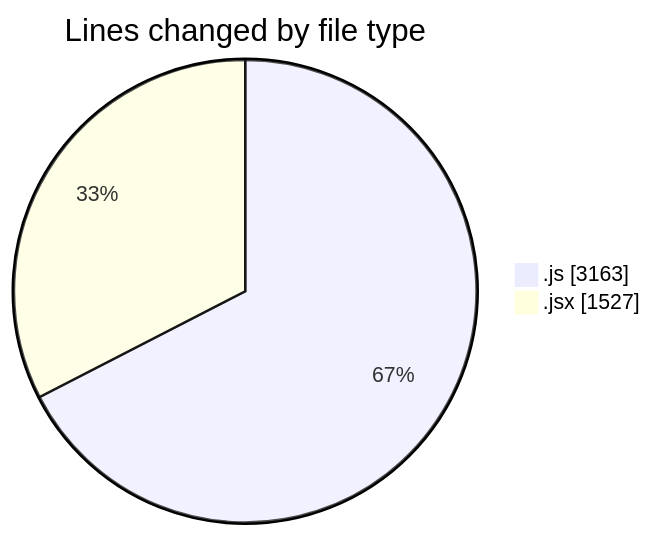
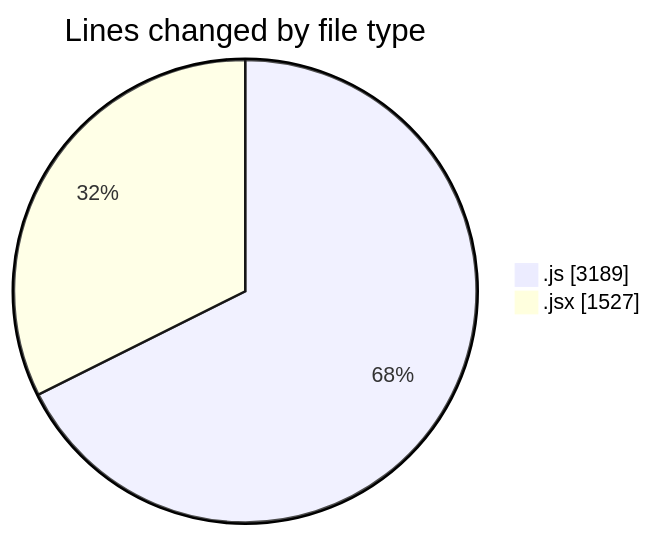
Before and after one commit to nxtqubesakshisongat/code-tracking: the first of 2 diagrams in 2025-08-13/nxtqube_webapp/README.md, drawn with Mermaid. The commit also changed other lines of this file and 1 other file, not shown here.

````diff
--- a/2025-08-13/nxtqube_webapp/README.md
+++ b/2025-08-13/nxtqube_webapp/README.md
@@ -23,6 +23,6 @@
 ```mermaid
 pie showData
 title Lines changed by file type
-".js" : 3163
+".js" : 3189
 ".jsx" : 1527
 ```
````
